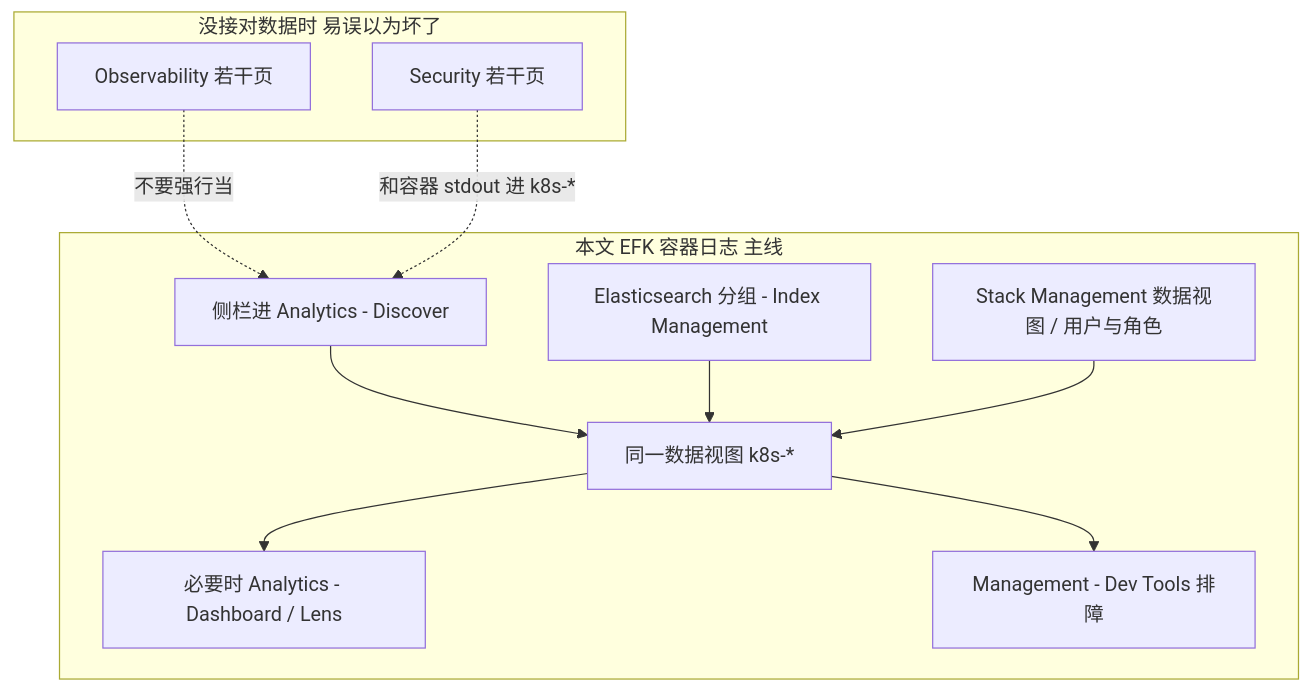
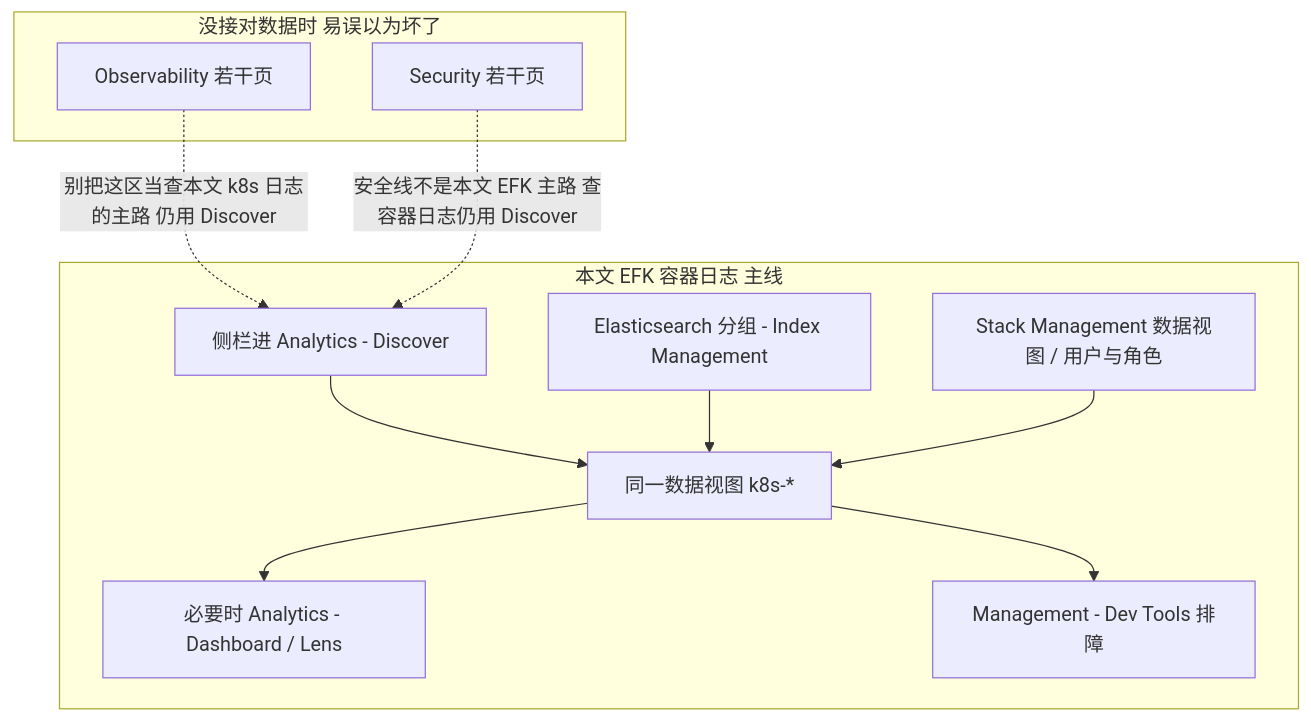
One commit to brinnatt/kubeauto changed diagram 15 of 32 in docs/efk/EFK.md. Above: the diagram before and after it, drawn with Mermaid.

Commit message:
[update] EFK

````diff
--- a/docs/efk/EFK.md
+++ b/docs/efk/EFK.md
@@ -1041,21 +1041,21 @@
 ```mermaid
 flowchart TB
   subgraph EFK[本文 EFK 容器日志 主线]
     A1[侧栏进 Analytics - Discover]
     A2[同一数据视图 k8s-*]
     A3[必要时 Analytics - Dashboard / Lens]
     A4[Management - Dev Tools 排障]
     A5[Elasticsearch 分组 - Index Management]
     A6[Stack Management 数据视图 / 用户与角色]
   end
   subgraph skip[没接对数据时 易误以为坏了]
     O1[Observability 若干页]
     S1[Security 若干页]
   end
   A1 --> A2 --> A3
   A2 --> A4
   A5 --> A2
   A6 --> A2
-  O1 -.->|不要强行当| A1
-  S1 -.->|和容器 stdout 进 k8s-*| A1
+  O1 -.->|别把这区当查本文 k8s 日志的主路 仍用 Discover| A1
+  S1 -.->|安全线不是本文 EFK 主路 查容器日志仍用 Discover| A1
 ```
````
